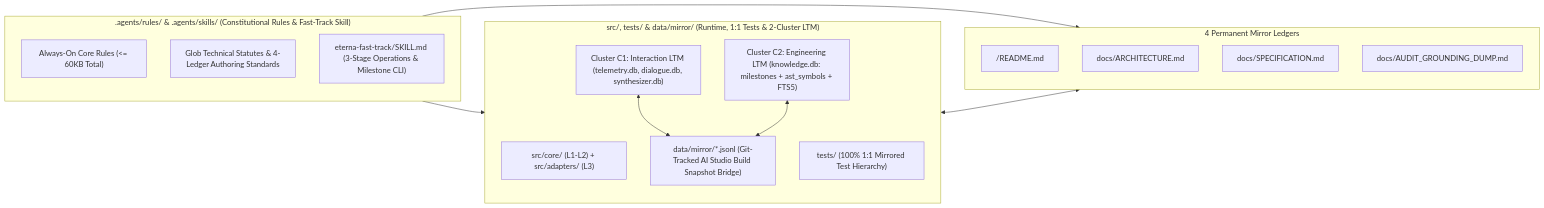
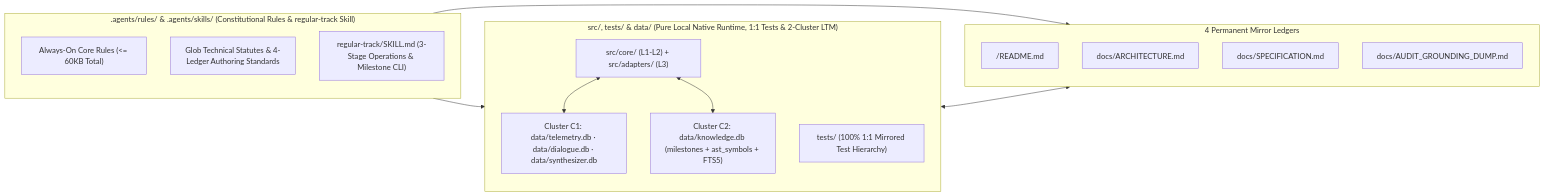
The diagram in README.md (jinseobhong/eterna-luminas), drawn with Mermaid before and after one commit. The commit also changed other lines of this file and 19 other files, not shown here.

Commit message:
feat(ltm): diet to pure local native SQLite & streamline regular-track skill

````diff
--- a/README.md
+++ b/README.md
@@ -18,28 +18,27 @@
 ```mermaid
 flowchart LR
-    subgraph RULES[".agents/rules/ & .agents/skills/ (Constitutional Rules & Fast-Track Skill)"]
+    subgraph RULES[".agents/rules/ & .agents/skills/ (Constitutional Rules & regular-track Skill)"]
         ALWAYS["Always-On Core Rules (<= 60KB Total)"]
         GLOBS["Glob Technical Statutes & 4-Ledger Authoring Standards"]
-        SKILL["eterna-fast-track/SKILL.md (3-Stage Operations & Milestone CLI)"]
+        SKILL["regular-track/SKILL.md (3-Stage Operations & Milestone CLI)"]
     end
 
     subgraph LEDGERS["4 Permanent Mirror Ledgers"]
         L_README["/README.md"]
         L_ARCH["docs/ARCHITECTURE.md"]
         L_SPEC["docs/SPECIFICATION.md"]
         L_DUMP["docs/AUDIT_GROUNDING_DUMP.md"]
     end
 
-    subgraph RUNTIME["src/, tests/ & data/mirror/ (Runtime, 1:1 Tests & 2-Cluster LTM)"]
+    subgraph RUNTIME["src/, tests/ & data/ (Pure Local Native Runtime, 1:1 Tests & 2-Cluster LTM)"]
         SRC["src/core/ (L1-L2) + src/adapters/ (L3)"]
         TST["tests/ (100% 1:1 Mirrored Test Hierarchy)"]
-        LTM_INT["Cluster C1: Interaction LTM (telemetry.db, dialogue.db, synthesizer.db)"]
-        LTM_ENG["Cluster C2: Engineering LTM (knowledge.db: milestones + ast_symbols + FTS5)"]
-        MIRROR["data/mirror/*.jsonl (Git-Tracked AI Studio Build Snapshot Bridge)"]
+        LTM_INT["Cluster C1: data/telemetry.db · data/dialogue.db · data/synthesizer.db"]
+        LTM_ENG["Cluster C2: data/knowledge.db (milestones + ast_symbols + FTS5)"]
     end
 
     RULES --> LEDGERS
     RULES --> RUNTIME
-    LTM_INT & LTM_ENG <--> MIRROR
+    SRC <--> LTM_INT & LTM_ENG
     RUNTIME <--> LEDGERS
 ```
````
